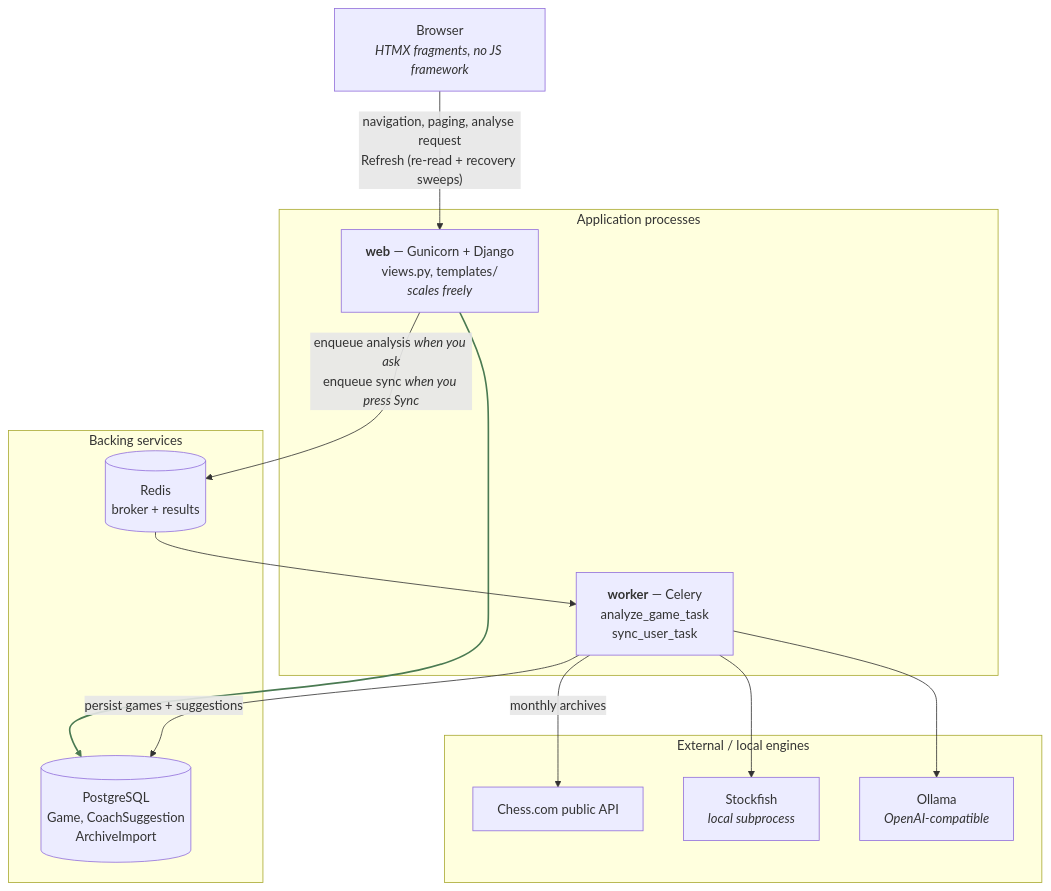
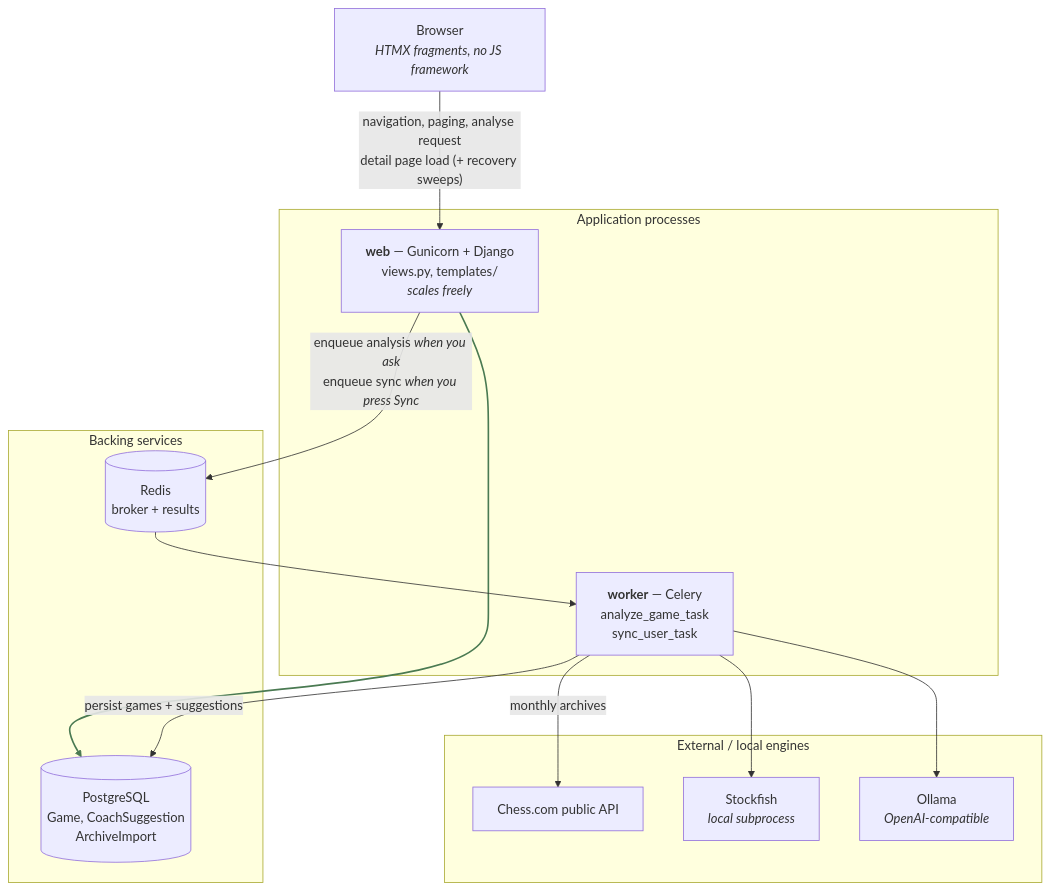
The first of 2 diagrams in docs/architecture.md (gab-25/chessdotcom_ai_coach), drawn with Mermaid before and after one commit. The commit also changed other lines of this file and 15 other files, not shown here.

Commit message:
Remove the Refresh button from the game detail page (#51)

````diff
--- a/docs/architecture.md
+++ b/docs/architecture.md
@@ -34,31 +34,31 @@
 ```mermaid
 graph TD
     Browser["Browser<br/><i>HTMX fragments, no JS framework</i>"]
 
     subgraph app["Application processes"]
         Web["<b>web</b> — Gunicorn + Django<br/>views.py, templates/<br/><i>scales freely</i>"]
         Worker["<b>worker</b> — Celery<br/>analyze_game_task<br/>sync_user_task"]
     end
 
     subgraph infra["Backing services"]
         PG[("PostgreSQL<br/>Game, CoachSuggestion<br/>ArchiveImport")]
         Redis[("Redis<br/>broker + results")]
     end
 
     subgraph ext["External / local engines"]
         ChessCom["Chess.com public API"]
         SF["Stockfish<br/><i>local subprocess</i>"]
         LLM["Ollama<br/><i>OpenAI-compatible</i>"]
     end
 
-    Browser -->|"navigation, paging, analyse request<br/>Refresh (re-read + recovery sweeps)"| Web
+    Browser -->|"navigation, paging, analyse request<br/>detail page load (+ recovery sweeps)"| Web
     Web --> PG
     Web -->|"enqueue analysis <i>when you ask</i><br/>enqueue sync <i>when you press Sync</i>"| Redis
     Redis --> Worker
     Worker -->|"monthly archives"| ChessCom
     Worker --> SF
     Worker --> LLM
     Worker -->|"persist games + suggestions"| PG
 
     linkStyle 1 stroke:#4a7a52,stroke-width:2px
 ```
````
